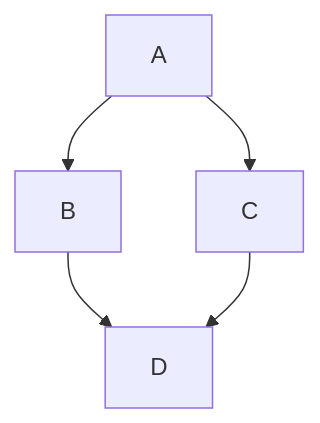
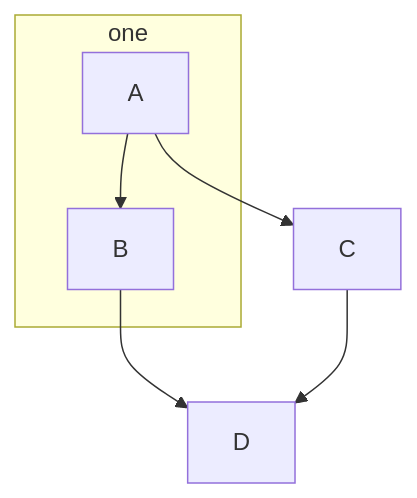
Before and after one commit to 201710808/Game-Stamina-Alarm: the diagram in README.md, drawn with Mermaid.

````diff
--- a/README.md
+++ b/README.md
@@ -3,7 +3,9 @@
 ```mermaid
 graph TB;
+    subgraph one;
     A-->B;
+    end;
     A-->C;
     B-->D;
     C-->D;
 ```
````
